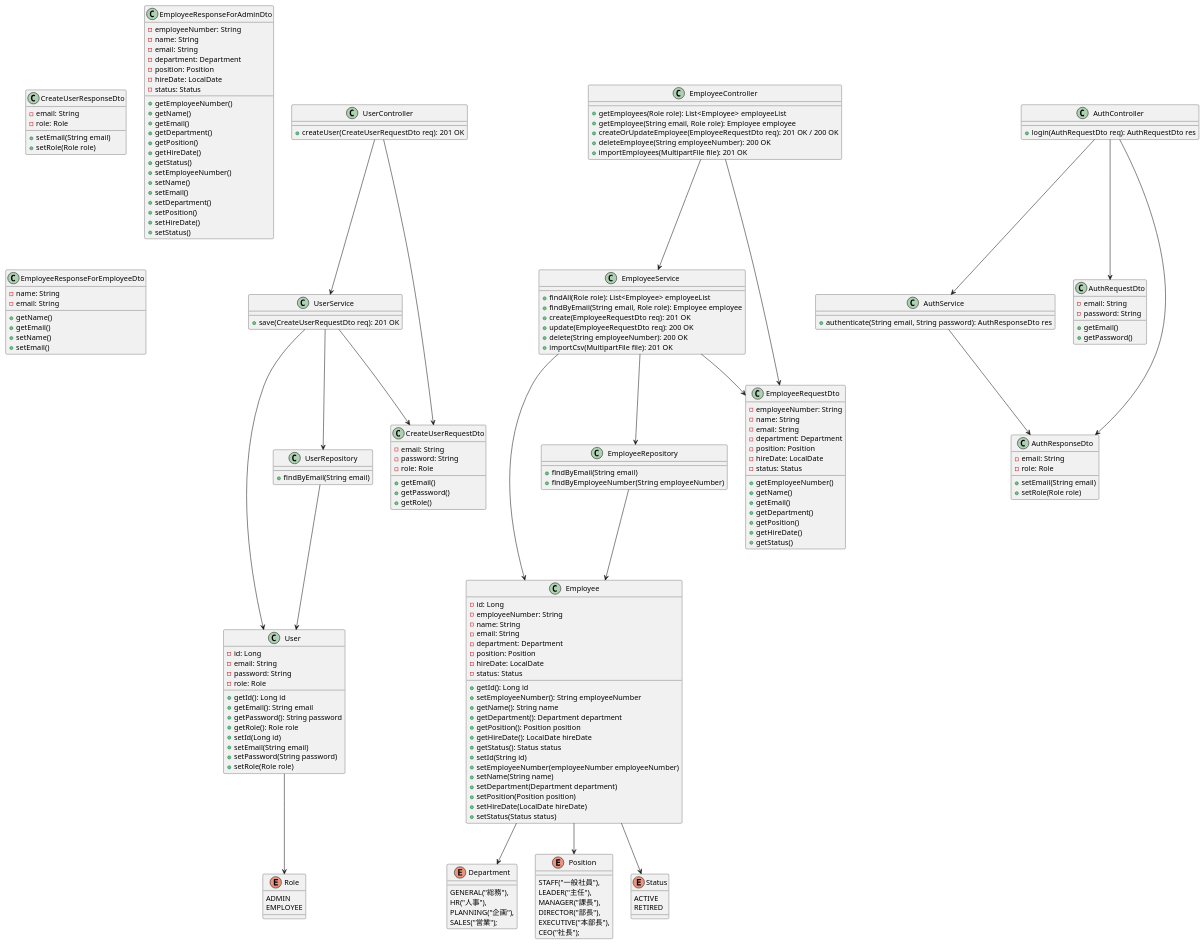
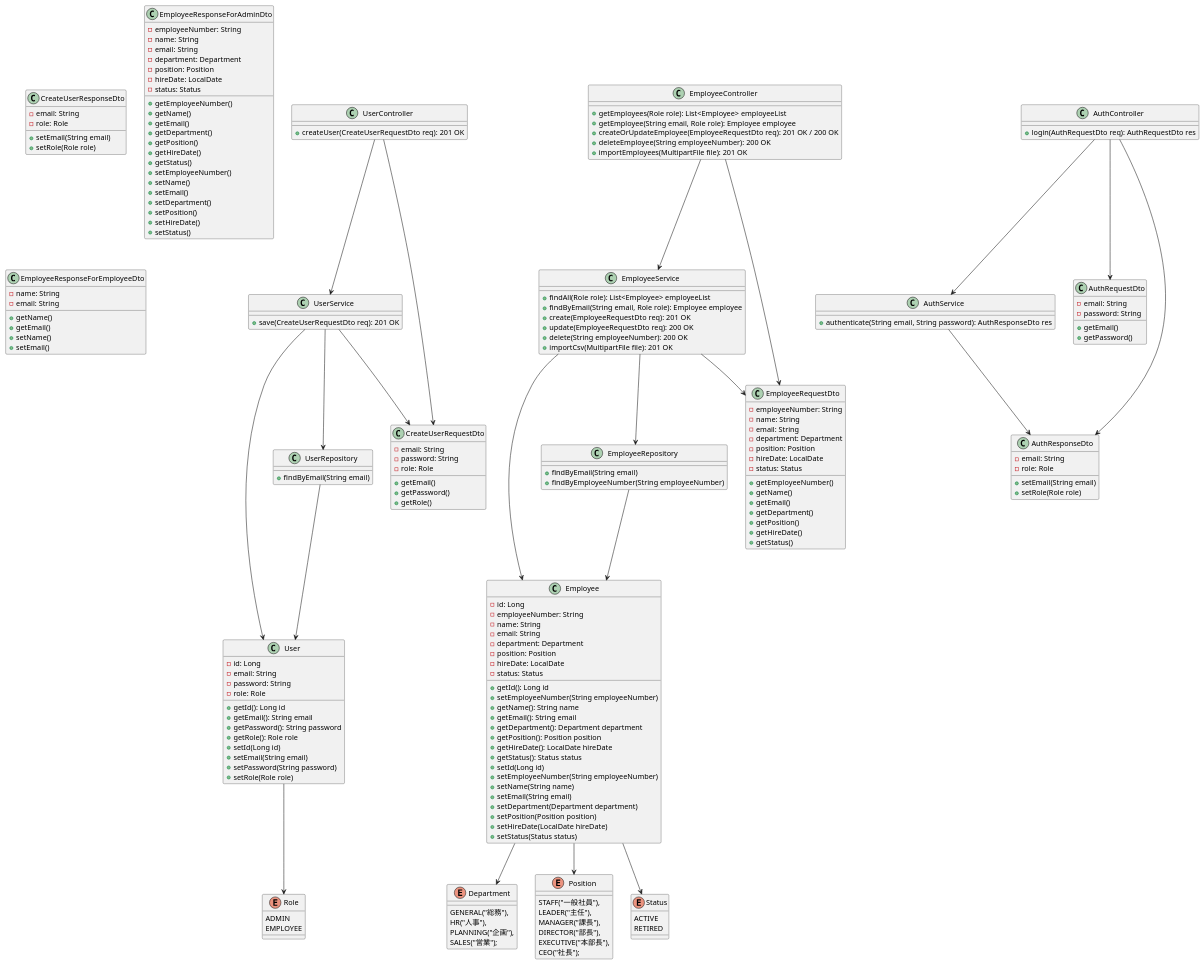
Before and after one commit to tettamasuyama/group-assignment: the diagram in uml/code/class.puml, drawn with PlantUML.

Commit message:
docs: classの脱字を修正

```diff
--- a/uml/code/class.puml
+++ b/uml/code/class.puml
@@ -83,15 +83,17 @@
   - status: Status
 
   + getId(): Long id
-  + setEmployeeNumber(): String employeeNumber
+  + setEmployeeNumber(String employeeNumber)
   + getName(): String name
+  + getEmail(): String email
   + getDepartment(): Department department
   + getPosition(): Position position
   + getHireDate(): LocalDate hireDate
   + getStatus(): Status status
-  + setId(String id)
-  + setEmployeeNumber(employeeNumber employeeNumber)
+  + setId(Long id)
+  + setEmployeeNumber(String employeeNumber)
   + setName(String name)
+  + setEmail(String email)
   + setDepartment(Department department)
   + setPosition(Position position)
   + setHireDate(LocalDate hireDate)
```
